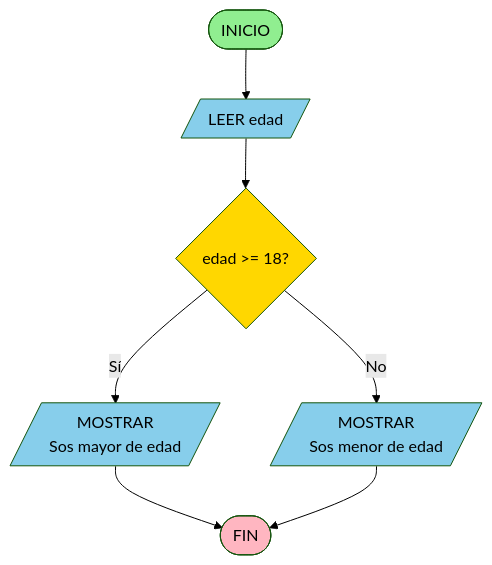
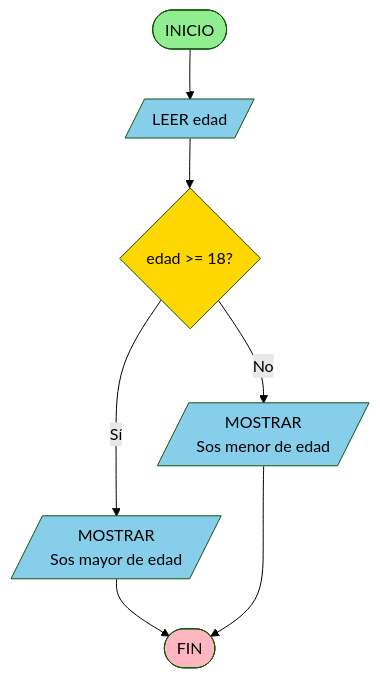
The second of 5 diagrams in 00_primeros_pasos.md (INGCOM-UNRN/apunte-ingreso), drawn with Mermaid (forest theme) before and after one commit. The commit also changed other lines of this file and 2 other files, not shown here.

Commit message:
Reorganización y ajustes en los diagramas de flujo

````diff
--- a/00_primeros_pasos.md
+++ b/00_primeros_pasos.md
@@ -312,23 +312,23 @@
 ```{mermaid}
 flowchart TD
     Start([INICIO])
     Input[/LEER edad/]
     Decision{edad >= 18?}
     OutputYes[/MOSTRAR<br/>Sos mayor de edad/]
     OutputNo[/MOSTRAR<br/>Sos menor de edad/]
     End([FIN])
     
     Start --> Input
     Input --> Decision
     Decision -->|Sí| OutputYes
     Decision -->|No| OutputNo
     OutputYes --> End
-    OutputNo --> End
+    OutputNo ---> End
     
     style Start fill:#90EE90
     style End fill:#FFB6C1
     style Input fill:#87CEEB
     style Decision fill:#FFD700
     style OutputYes fill:#87CEEB
     style OutputNo fill:#87CEEB
 ```
````
